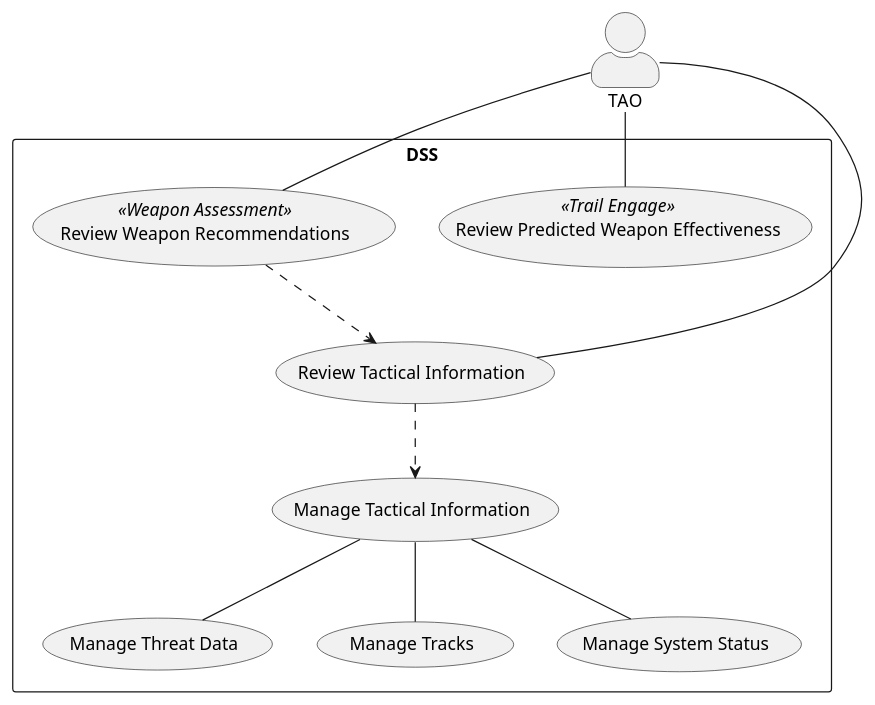
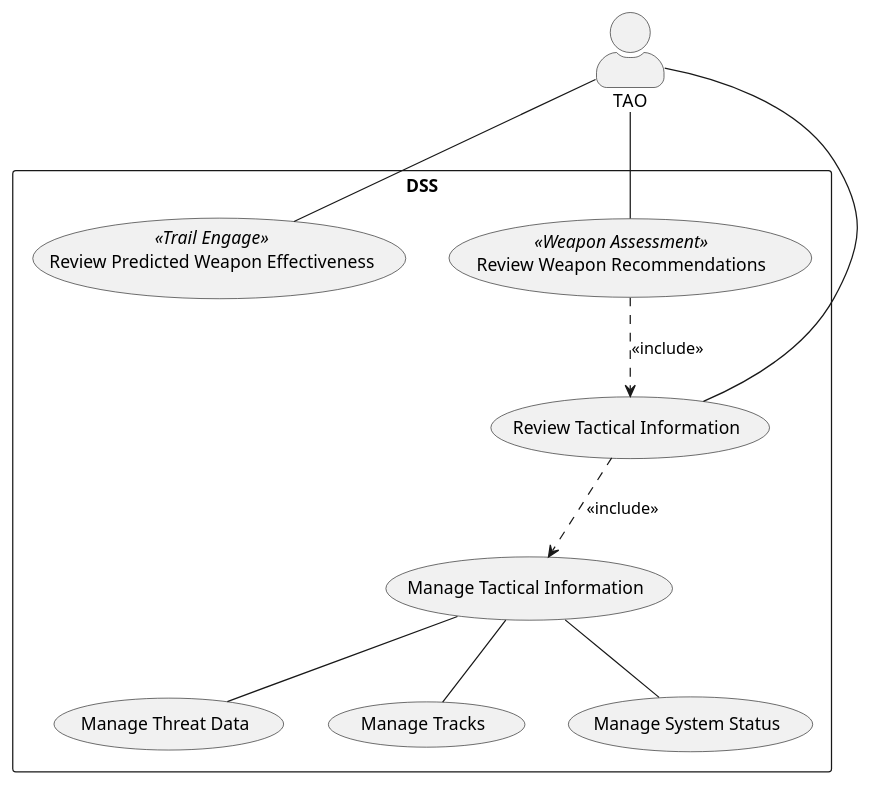
The first of 2 diagrams in doc/software-design/use-cases.puml (amurp003/dss-prototype), drawn with PlantUML before and after one commit. The commit also changed other lines of this file, not shown here.

Commit message:
Start sequence diagram

```diff
--- a/doc/software-design/use-cases.puml
+++ b/doc/software-design/use-cases.puml
@@ -3,29 +3,29 @@
 @startuml
 skinparam actorStyle awesome
 
 actor TAO
 
 rectangle DSS {
     
     (Review Predicted Weapon Effectiveness) as (UC1) <<Trail Engage>>
     (Review Tactical Information) as (UC2)
     (Review Weapon Recommendations) as (UC3) <<Weapon Assessment>>
     
     TAO -- UC1
     TAO -- UC2
     TAO -- UC3
 
     (Manage Tactical Information) as (UC4)
     (Manage Threat Data) as (UC5)
     (Manage Tracks) as (UC6)
     (Manage System Status) as (UC7)
 
     UC4 -- UC5
     UC4 -- UC6
     UC4 -- UC7
 
-    UC2 ..> UC4
-    UC3 ..> UC2
+    UC2 ..> UC4 : <<include>>
+    UC3 ..> UC2 : <<include>>
 }
 
 @enduml
```
